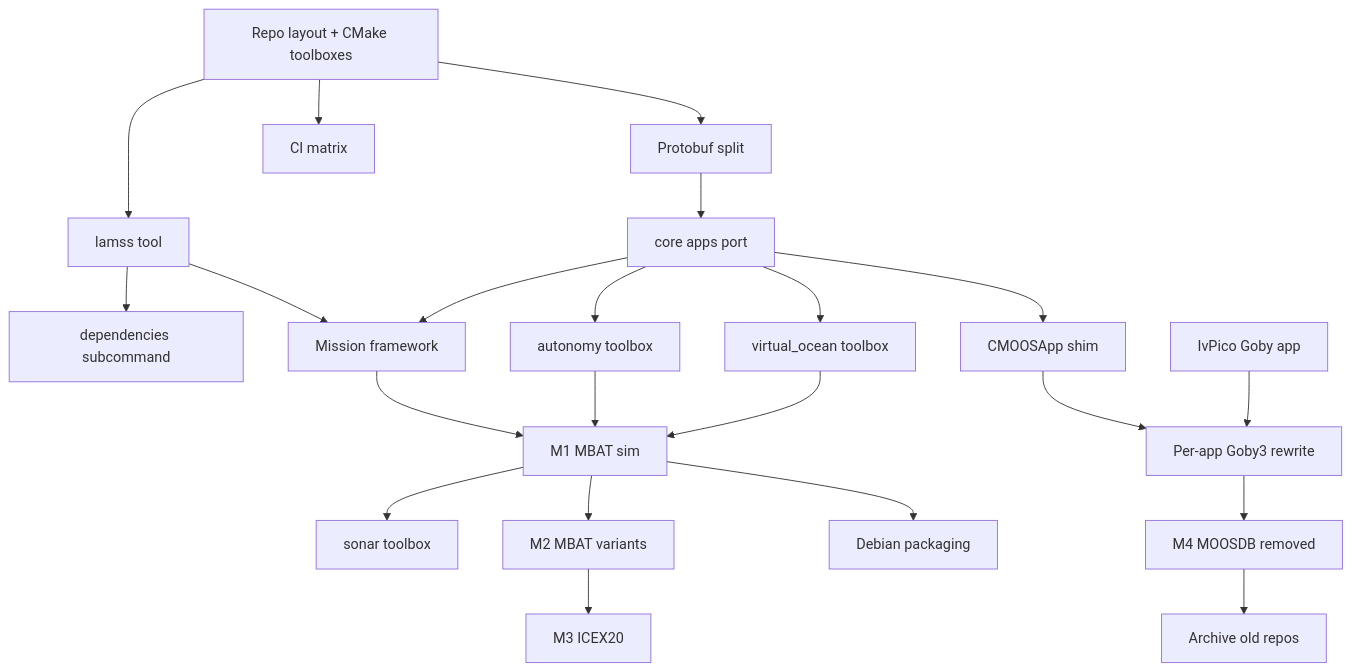
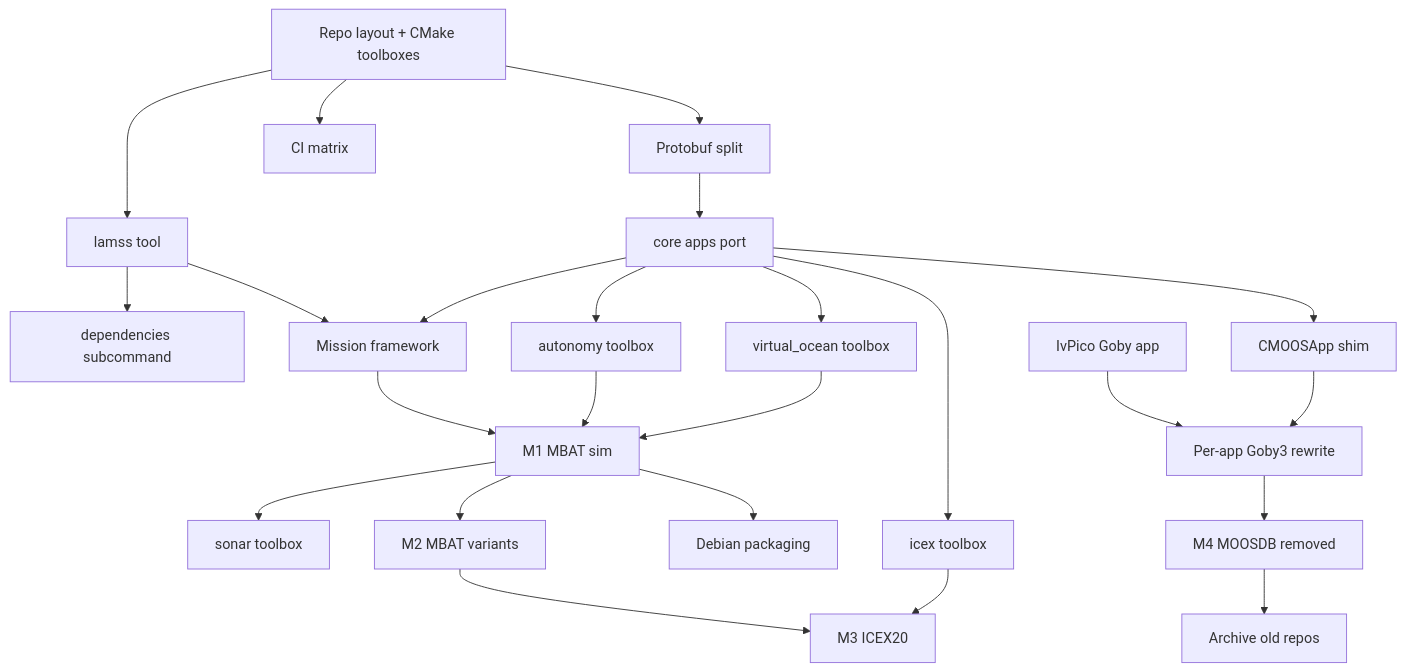
The second of 3 diagrams in core/src/doc/plan/claude/00-overview.md (GobySoft/lamss3), drawn with Mermaid before and after one commit. The commit also changed other lines of this file and 11 other files, not shown here.

````diff
--- a/core/src/doc/plan/claude/00-overview.md
+++ b/core/src/doc/plan/claude/00-overview.md
@@ -115,24 +116,26 @@
 ```mermaid
 flowchart TB
   layout[Repo layout + CMake toolboxes] --> tool[lamss tool]
   layout --> ci[CI matrix]
   tool --> deps[dependencies subcommand]
   layout --> pbsplit[Protobuf split]
   pbsplit --> core[core apps port]
   core --> missions[Mission framework]
   tool --> missions
   missions --> m1[M1 MBAT sim]
   core --> auton[autonomy toolbox]
   core --> vo[virtual_ocean toolbox]
   auton --> m1
   vo --> m1
   m1 --> sonar[sonar toolbox]
   m1 --> m2[M2 MBAT variants]
+  core --> icex[icex toolbox]
   m2 --> m3[M3 ICEX20]
+  icex --> m3
   core --> shim[CMOOSApp shim]
   shim --> mw[Per-app Goby3 rewrite]
   ivpico[IvPico Goby app] --> mw
   mw --> m4[M4 MOOSDB removed]
   m1 --> pkg[Debian packaging]
   m4 --> archive[Archive old repos]
 ```
````
